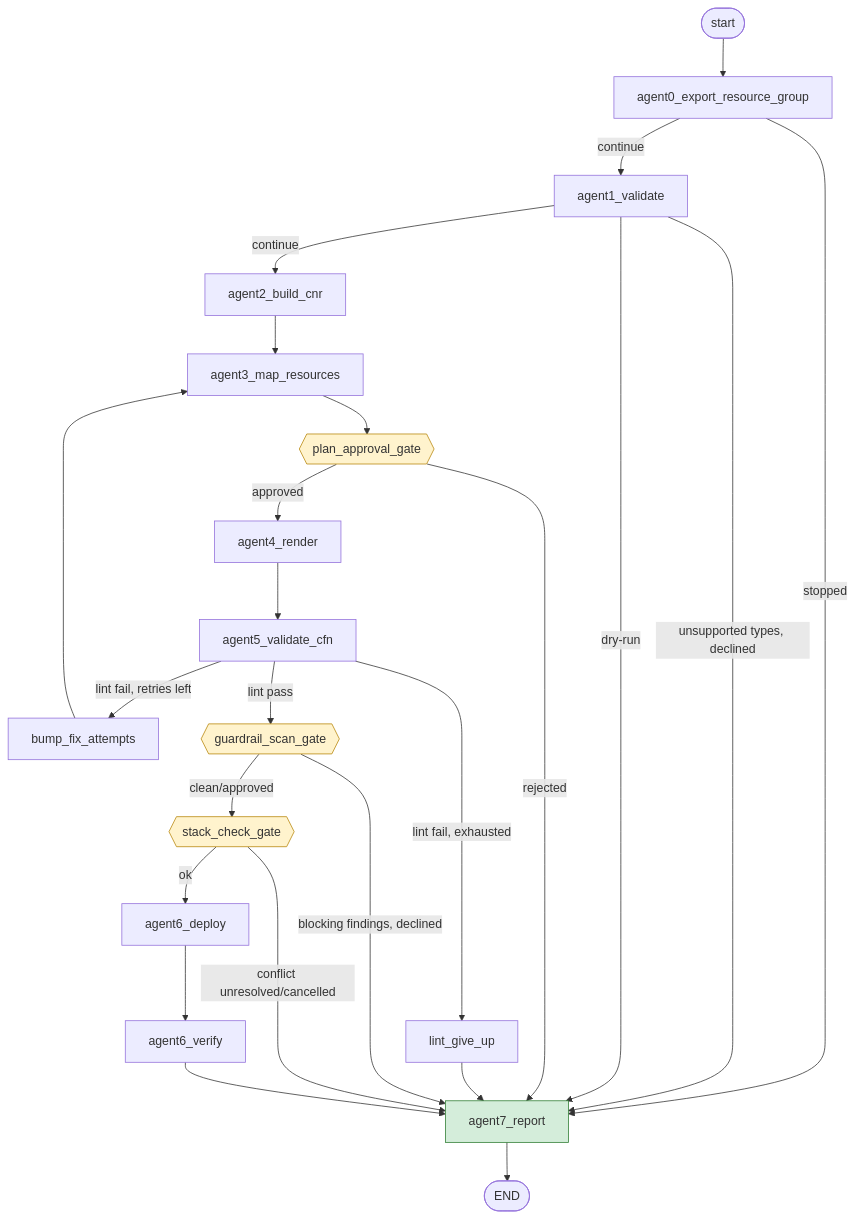
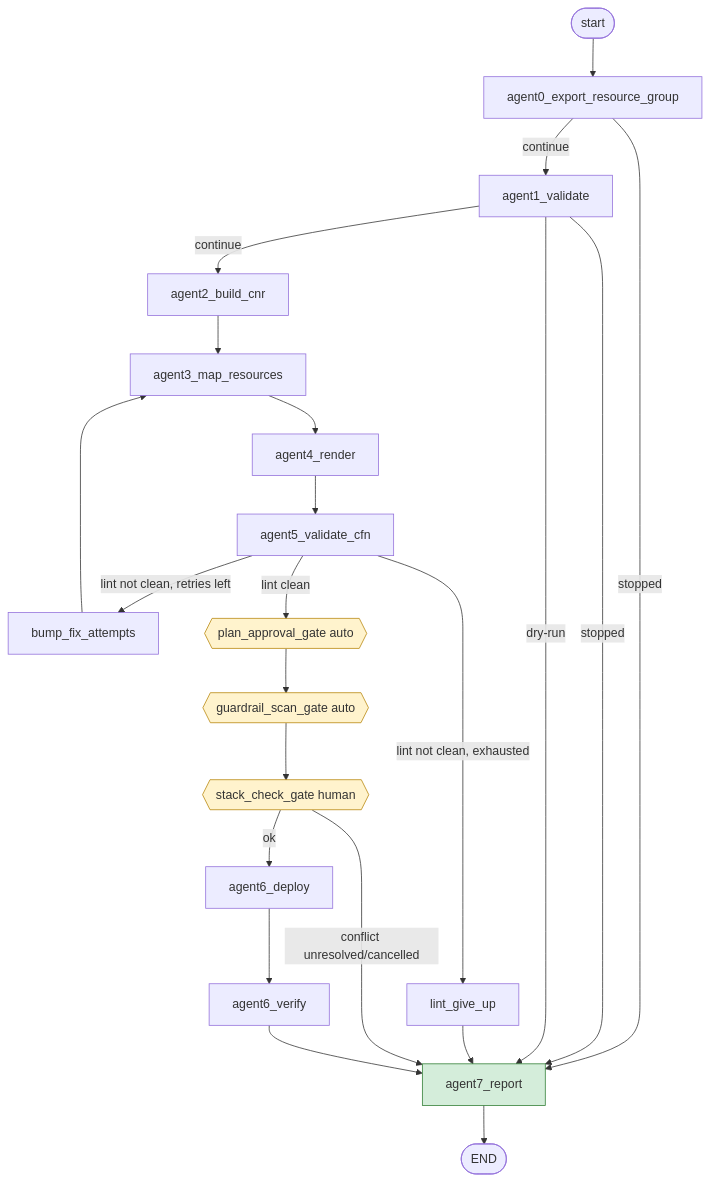
The third of 3 diagrams in README.md (koppolu-teja-ness/AzuAws-main), drawn with Mermaid before and after one commit. The commit also changed other lines of this file and 8 other files, not shown here.

````diff
--- a/README.md
+++ b/README.md
@@ -161,29 +147,27 @@
 ```mermaid
 flowchart TD
    S([start]) --> A0[agent0_export_resource_group]
    A0 -- stopped --> R7[agent7_report]
    A0 -- continue --> A1[agent1_validate]
-  A1 -- unsupported types, declined --> R7[agent7_report]
+  A1 -- stopped --> R7
   A1 -- dry-run --> R7[agent7_report]
     A1 -- continue --> A2[agent2_build_cnr]
     A2 --> A3[agent3_map_resources]
-    A3 --> PG{{plan_approval_gate}}
-    PG -- rejected --> R7
-    PG -- approved --> A4[agent4_render]
+    A3 --> A4[agent4_render]
     A4 --> A5[agent5_validate_cfn]
-    A5 -- lint fail, retries left --> BUMP[bump_fix_attempts] --> A3
-    A5 -- lint fail, exhausted --> GIVEUP[lint_give_up] --> R7
-    A5 -- lint pass --> GSG{{guardrail_scan_gate}}
-    GSG -- blocking findings, declined --> R7
-    GSG -- clean/approved --> SG{{stack_check_gate}}
+    A5 -- lint not clean, retries left --> BUMP[bump_fix_attempts] --> A3
+    A5 -- lint not clean, exhausted --> GIVEUP[lint_give_up] --> R7
+   A5 -- lint clean --> PG{{plan_approval_gate auto}}
+   PG --> GSG{{guardrail_scan_gate auto}}
+   GSG --> SG{{stack_check_gate human}}
     SG -- conflict unresolved/cancelled --> R7
     SG -- ok --> A6[agent6_deploy]
     A6 --> V6[agent6_verify]
     V6 --> R7
     R7 --> E([END])
 
     style PG fill:#fff3cd,stroke:#b8860b
     style GSG fill:#fff3cd,stroke:#b8860b
     style SG fill:#fff3cd,stroke:#b8860b
     style R7 fill:#d4edda,stroke:#2e7d32
 ```
````
